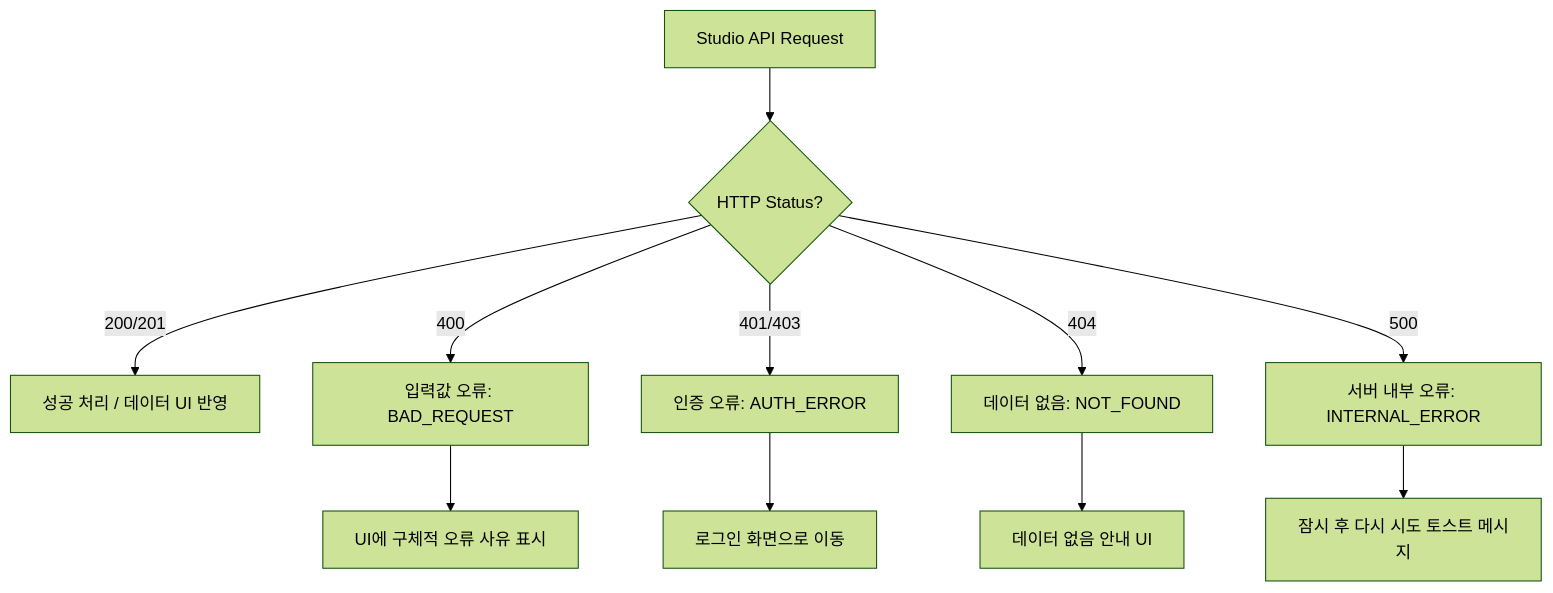
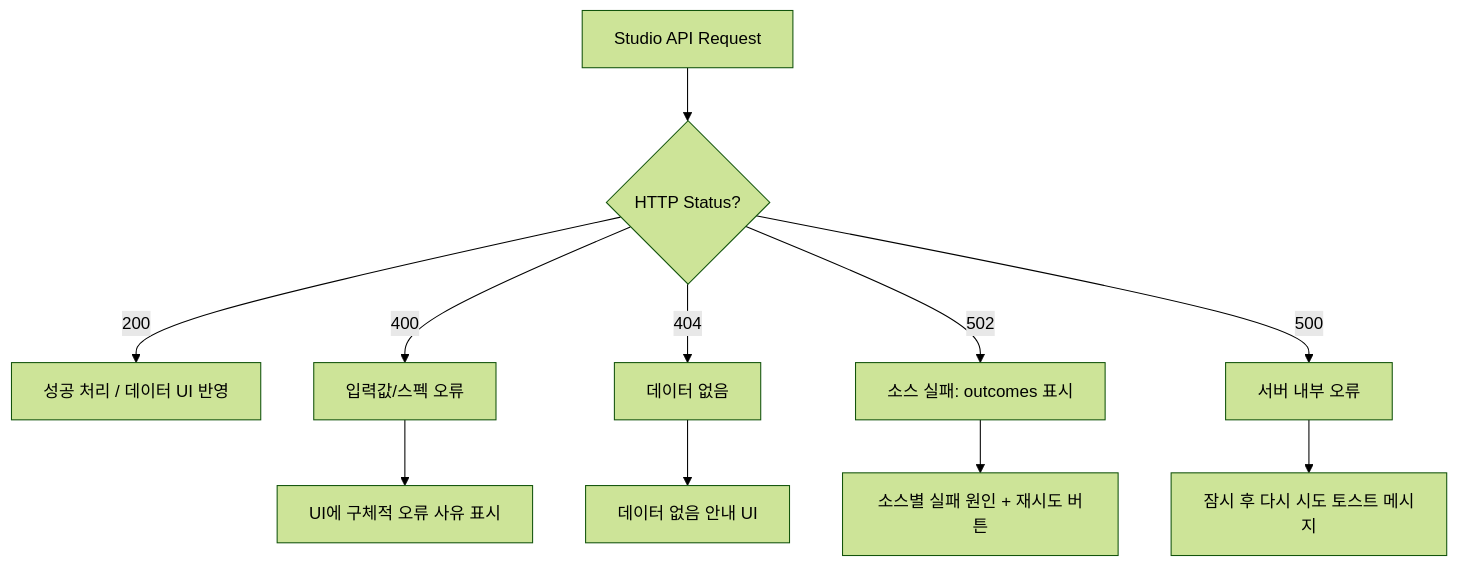
The third of 3 diagrams in API_CONTRACT.md (yeongseon/kpubdata-studio), drawn with Mermaid (forest theme) before and after one commit. The commit also changed other lines of this file and 4 other files, not shown here.

````diff
--- a/API_CONTRACT.md
+++ b/API_CONTRACT.md
@@ -253,14 +283,14 @@
 ```mermaid
 flowchart TD
     Request[Studio API Request] --> Status{HTTP Status?}
-    Status -->|200/201| Success[성공 처리 / 데이터 UI 반영]
-    Status -->|400| BadRequest[입력값 오류: BAD_REQUEST]
-    Status -->|401/403| AuthError[인증 오류: AUTH_ERROR]
-    Status -->|404| NotFound[데이터 없음: NOT_FOUND]
-    Status -->|500| ServerError[서버 내부 오류: INTERNAL_ERROR]
+    Status -->|200| Success[성공 처리 / 데이터 UI 반영]
+    Status -->|400| BadRequest[입력값/스펙 오류]
+    Status -->|404| NotFound[데이터 없음]
+    Status -->|502| UpstreamFail[소스 실패: outcomes 표시]
+    Status -->|500| ServerError[서버 내부 오류]
 
     BadRequest --> ShowDetail[UI에 구체적 오류 사유 표시]
-    AuthError --> LoginRedirect[로그인 화면으로 이동]
     NotFound --> EmptyState[데이터 없음 안내 UI]
+    UpstreamFail --> SourceDetail[소스별 실패 원인 + 재시도 버튼]
     ServerError --> RetryToast[잠시 후 다시 시도 토스트 메시지]
 ```
````
